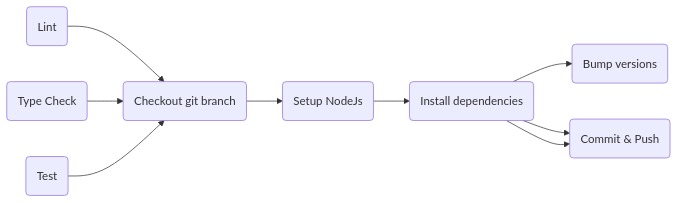
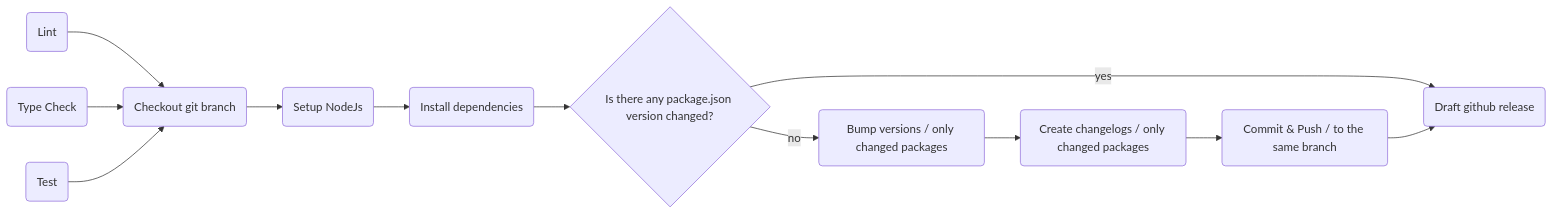
Before and after one commit to boonya/ts-monorepo-playground: the diagram in README.md, drawn with Mermaid. The commit also changed other lines of this file and 10 other files, not shown here.

````diff
--- a/README.md
+++ b/README.md
@@ -7,12 +7,15 @@
 ```mermaid
 flowchart LR
 
 A(Lint) --> D
 B(Type Check) --> D
 C(Test) --> D(Checkout git branch)
 D --> E(Setup NodeJs)
 E --> F(Install dependencies)
-F --> G(Bump versions)
-F --> H(Create changelogs)
-F --> H(Commit & Push)
+F --> G{Is there any package.json version changed?}
+G --> |no|H(Bump versions / only changed packages)
+H --> I(Create changelogs / only changed packages)
+I --> J(Commit & Push / to the same branch)
+G --> |yes|K(Draft github release)
+J --> K
 ```
````
